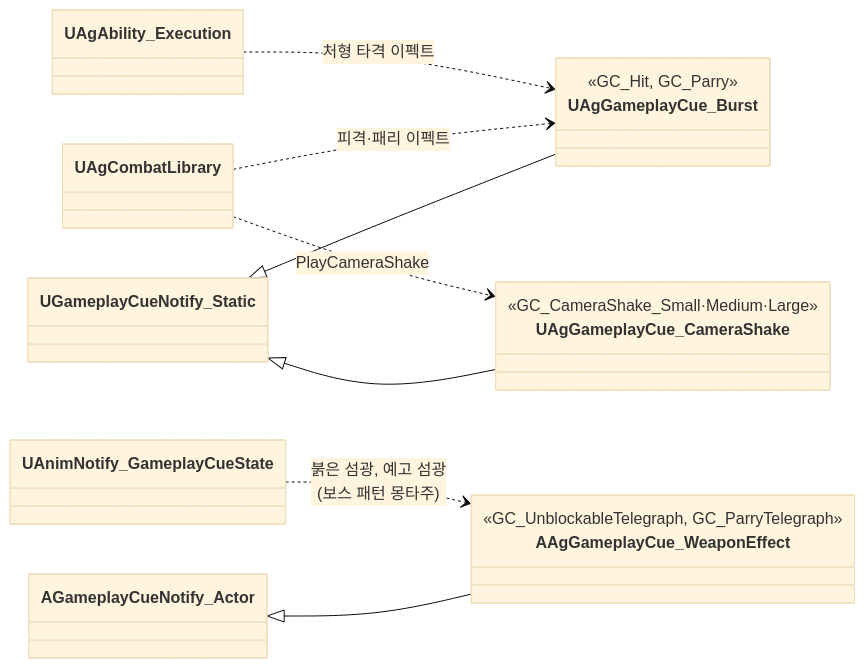
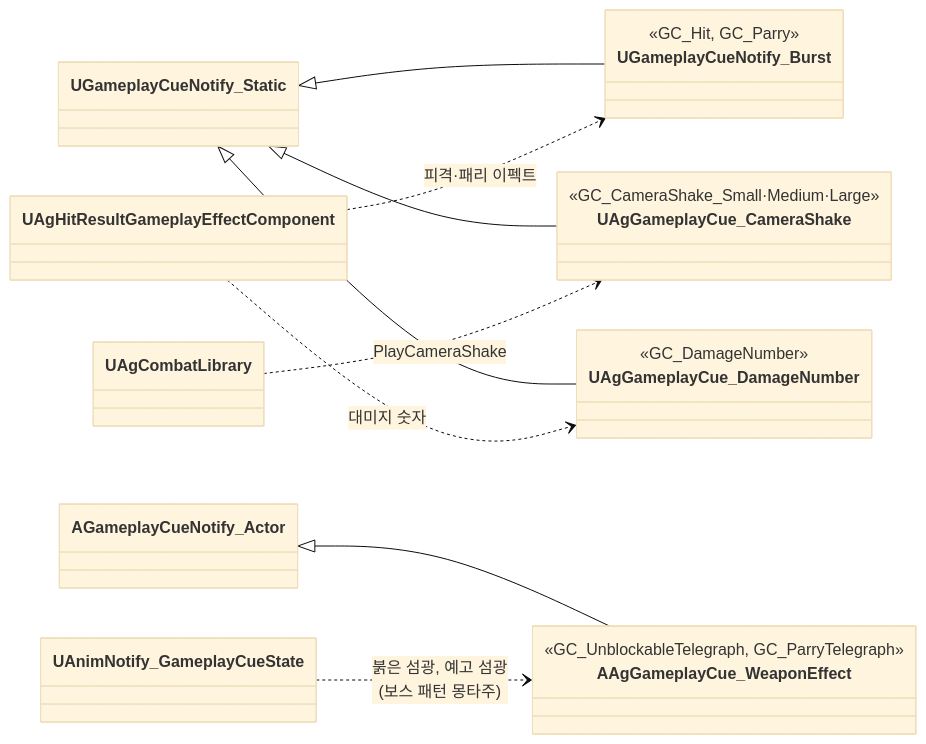
Diagram 11 of 21 in Docs/Program/클래스 구조도.md (Woogl/Ag), drawn with Mermaid (base theme) before and after one commit. The commit also changed other lines of this file and 122 other files, not shown here.

````diff
--- a/Docs/Program/클래스 구조도.md
+++ b/Docs/Program/클래스 구조도.md
@@ -397,21 +479,25 @@
 ```mermaid
 classDiagram
     direction LR
-    class UAgGameplayCue_Burst {
+    class UGameplayCueNotify_Burst {
         <<GC_Hit, GC_Parry>>
     }
     class UAgGameplayCue_CameraShake {
         <<GC_CameraShake_Small·Medium·Large>>
     }
+    class UAgGameplayCue_DamageNumber {
+        <<GC_DamageNumber>>
+    }
     class AAgGameplayCue_WeaponEffect {
         <<GC_UnblockableTelegraph, GC_ParryTelegraph>>
     }
-    UGameplayCueNotify_Static <|-- UAgGameplayCue_Burst
+    UGameplayCueNotify_Static <|-- UGameplayCueNotify_Burst
     UGameplayCueNotify_Static <|-- UAgGameplayCue_CameraShake
+    UGameplayCueNotify_Static <|-- UAgGameplayCue_DamageNumber
     AGameplayCueNotify_Actor <|-- AAgGameplayCue_WeaponEffect
 
-    UAgCombatLibrary ..> UAgGameplayCue_Burst : 피격·패리 이펙트
+    UAgHitResultGameplayEffectComponent ..> UGameplayCueNotify_Burst : 피격·패리 이펙트
+    UAgHitResultGameplayEffectComponent ..> UAgGameplayCue_DamageNumber : 대미지 숫자
     UAgCombatLibrary ..> UAgGameplayCue_CameraShake : PlayCameraShake
-    UAgAbility_Execution ..> UAgGameplayCue_Burst : 처형 타격 이펙트
     UAnimNotify_GameplayCueState ..> AAgGameplayCue_WeaponEffect : 붉은 섬광, 예고 섬광<br>(보스 패턴 몽타주)
 ```
````
